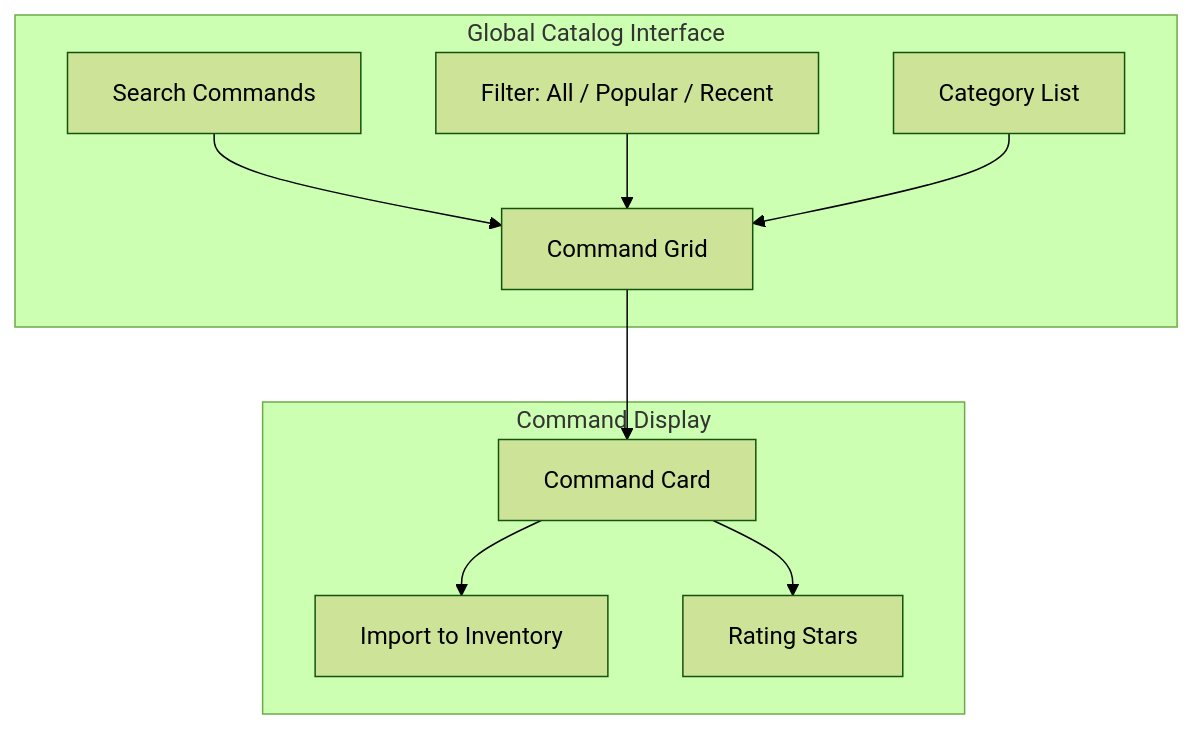
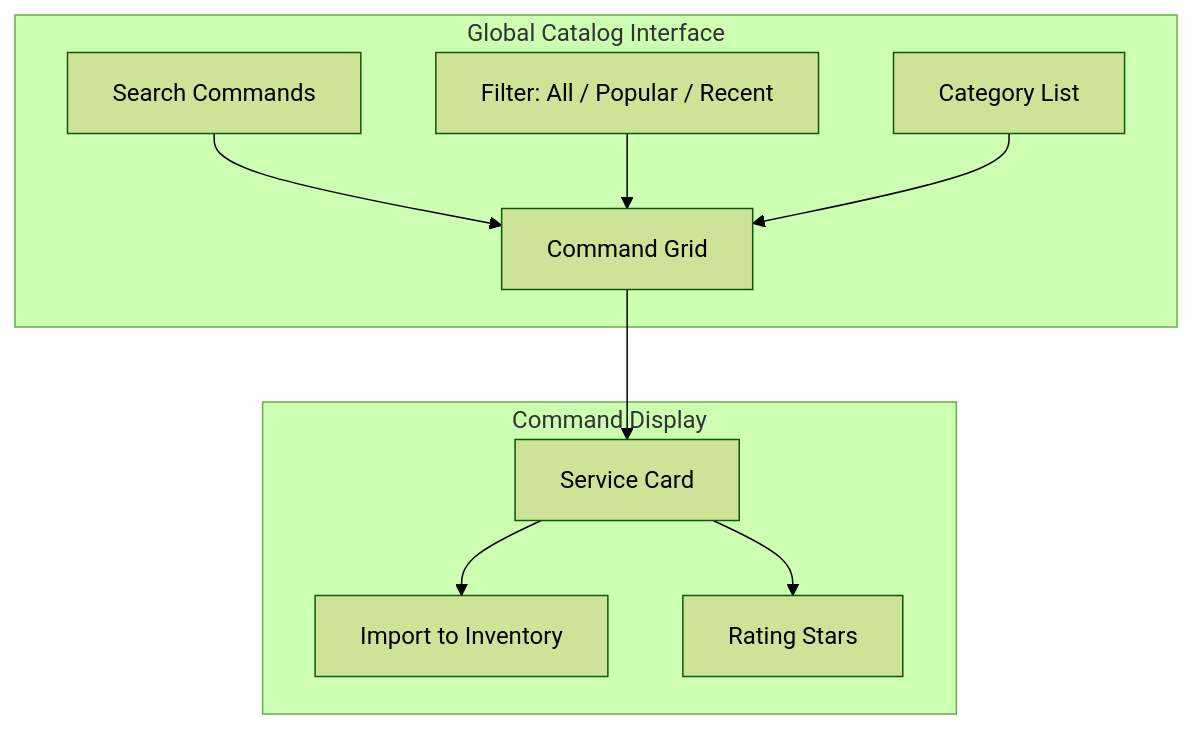
The fourth of 12 diagrams in index.md (m3au/meows), drawn with Mermaid (forest theme) before and after one commit. The commit also changed other lines of this file and 14 other files, not shown here.

````diff
--- a/index.md
+++ b/index.md
@@ -196,22 +196,22 @@
 ```mermaid
 graph TD
     subgraph "Global Catalog Interface"
         SearchBar[Search Commands]
         FilterBar["Filter: All / Popular / Recent"]
         CategoryList[Category List]
         CommandGrid[Command Grid]
     end
 
     subgraph "Command Display"
-        CommandCard[Command Card]
+        ServiceCard[Service Card]
         ImportButton[Import to Inventory]
         RatingStars[Rating Stars]
     end
 
     SearchBar --> CommandGrid
     FilterBar --> CommandGrid
     CategoryList --> CommandGrid
-    CommandGrid --> CommandCard
-    CommandCard --> ImportButton
-    CommandCard --> RatingStars
+    CommandGrid --> ServiceCard
+    ServiceCard --> ImportButton
+    ServiceCard --> RatingStars
 ```
````
